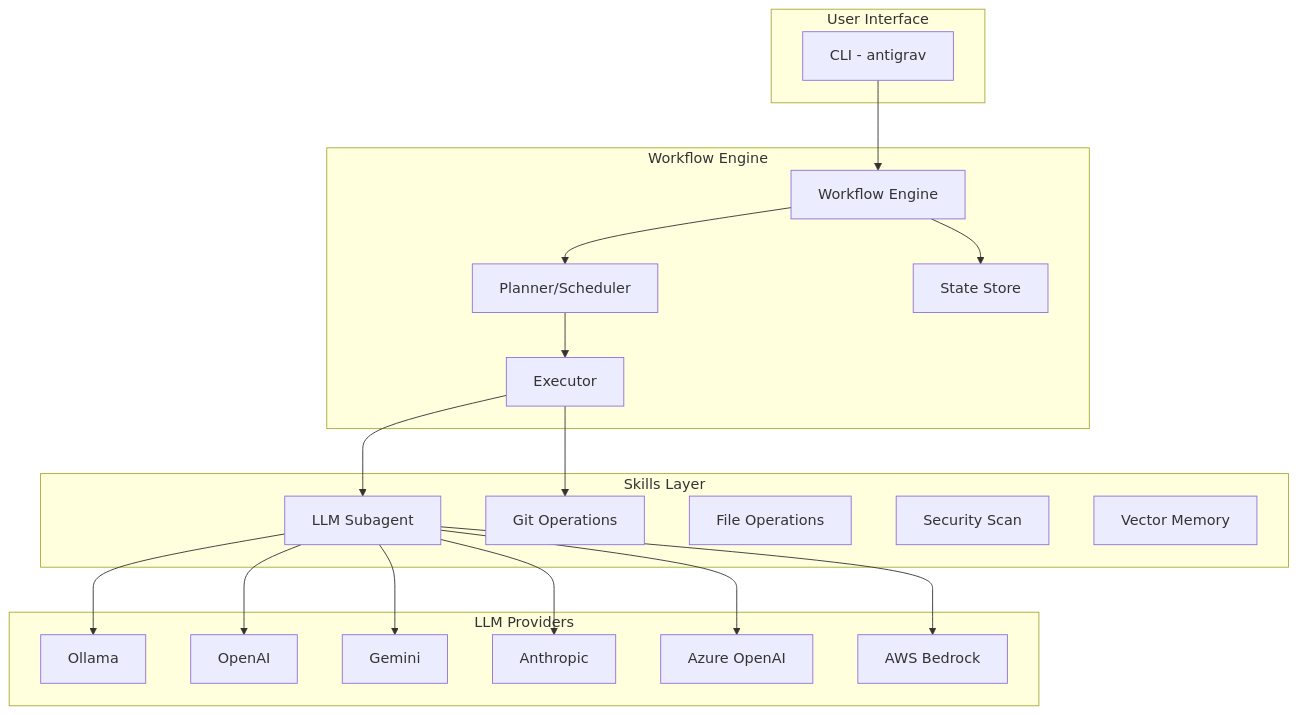
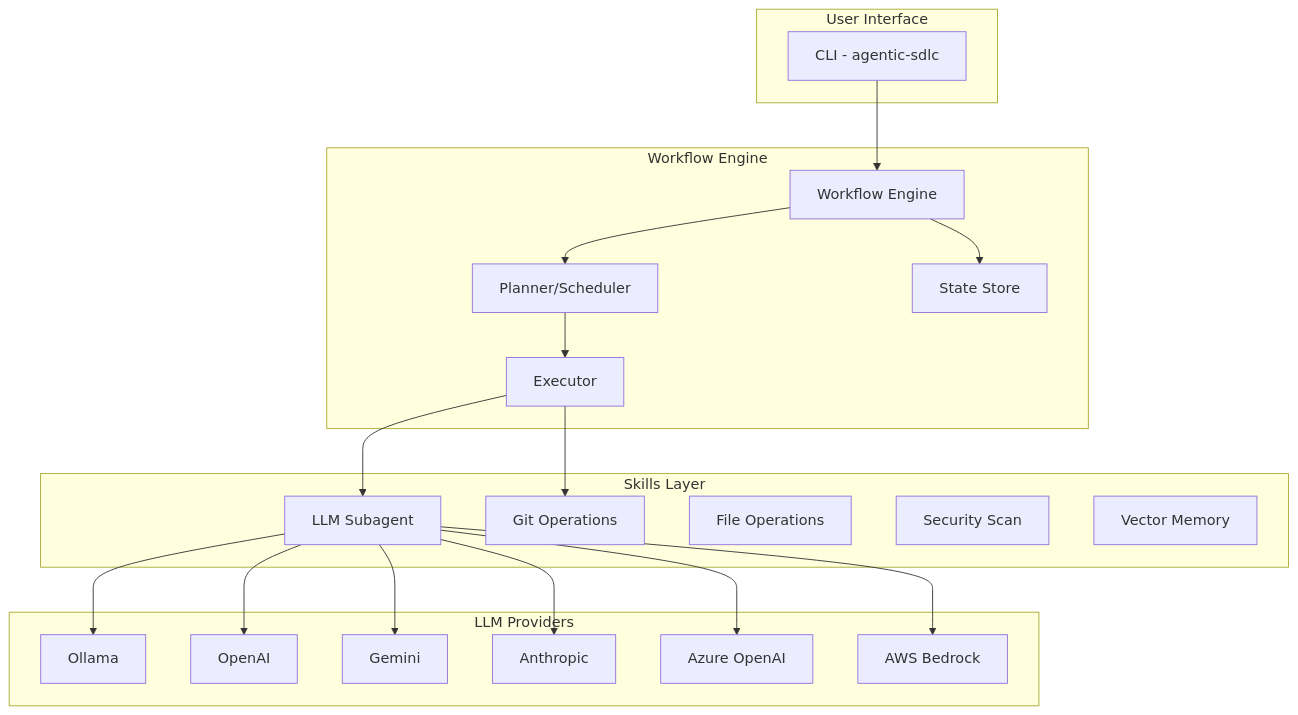
One commit to truongnat/aix changed the first of 4 diagrams in docs/ARCHITECTURE_DIAGRAM.md. Above: the diagram before and after it, drawn with Mermaid. The commit also changed other lines of this file and 249 other files, not shown here.

Commit message:
feat: add bug assistant and rename antigrav to agentic-sdlc

````diff
--- a/docs/ARCHITECTURE_DIAGRAM.md
+++ b/docs/ARCHITECTURE_DIAGRAM.md
@@ -5,45 +5,45 @@
 ```mermaid
 graph TB
     subgraph "User Interface"
-        CLI[CLI - antigrav]
+        CLI[CLI - agentic-sdlc]
     end
     
     subgraph "Workflow Engine"
         WE[Workflow Engine]
         PS[Planner/Scheduler]
         EX[Executor]
         SS[State Store]
     end
     
     subgraph "Skills Layer"
         LLM[LLM Subagent]
         GIT[Git Operations]
         FILE[File Operations]
         SEC[Security Scan]
         VEC[Vector Memory]
     end
     
     subgraph "LLM Providers"
         OLLAMA[Ollama]
         OPENAI[OpenAI]
         GEMINI[Gemini]
         ANTHROPIC[Anthropic]
         AZURE[Azure OpenAI]
         BEDROCK[AWS Bedrock]
     end
     
     CLI --> WE
     WE --> PS
     PS --> EX
     EX --> LLM
     EX --> GIT
     
     LLM --> OLLAMA
     LLM --> OPENAI
     LLM --> GEMINI
     LLM --> ANTHROPIC
     LLM --> AZURE
     LLM --> BEDROCK
     
     WE --> SS
 ```
````
